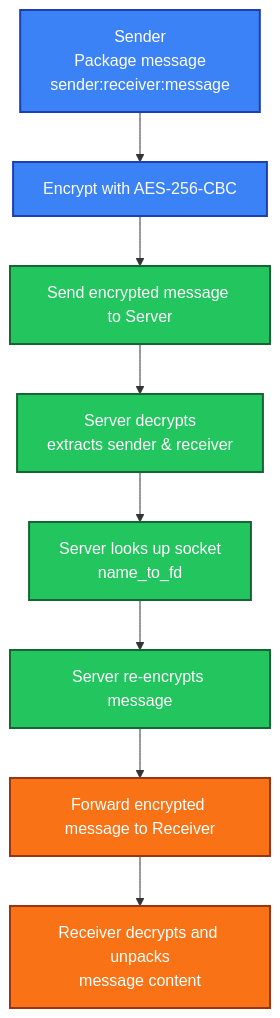
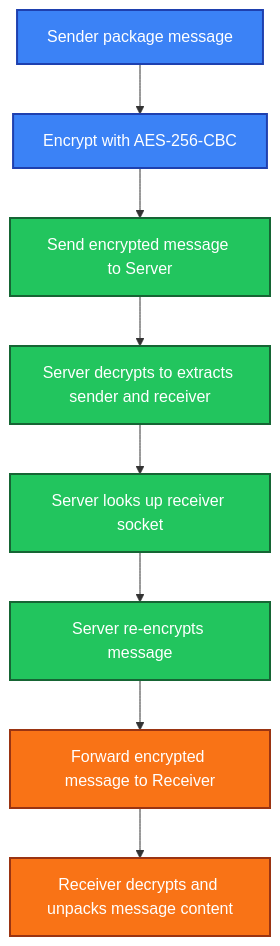
The diagram in README.md (boyan1001/2024_CN_finalproject), drawn with Mermaid before and after one commit.

Commit message:
Refine flowchart descriptions in README.md

````diff
--- a/README.md
+++ b/README.md
@@ -411,24 +411,24 @@
 ```mermaid
 flowchart TD
-    A[Sender<br/>Package message<br/>sender:receiver:message] --> B[Encrypt with AES-256-CBC]
+    A[Sender package message] --> B[Encrypt with AES-256-CBC]
     B --> C[Send encrypted message to Server]
-    C --> D[Server decrypts<br/>extracts sender & receiver]
-    D --> E[Server looks up socket<br/>name_to_fd]
+    C --> D[Server decrypts to extracts sender and receiver]
+    D --> E[Server looks up receiver socket]
     E --> F[Server re-encrypts message]
     F --> G[Forward encrypted message to Receiver]
-    G --> H[Receiver decrypts and unpacks<br/>message content]
+    G --> H[Receiver decrypts and unpacks message content]
 
     %% Sender nodes
     style A fill:#3b82f6,stroke:#1e40af,stroke-width:2px,color:#fff
     style B fill:#3b82f6,stroke:#1e40af,stroke-width:2px,color:#fff
 
     %% Server nodes
     style C fill:#22c55e,stroke:#166534,stroke-width:2px,color:#fff
     style D fill:#22c55e,stroke:#166534,stroke-width:2px,color:#fff
     style E fill:#22c55e,stroke:#166534,stroke-width:2px,color:#fff
     style F fill:#22c55e,stroke:#166534,stroke-width:2px,color:#fff
 
     %% Receiver nodes
     style G fill:#f97316,stroke:#9a3412,stroke-width:2px,color:#fff
     style H fill:#f97316,stroke:#9a3412,stroke-width:2px,color:#fff
 ```
````
